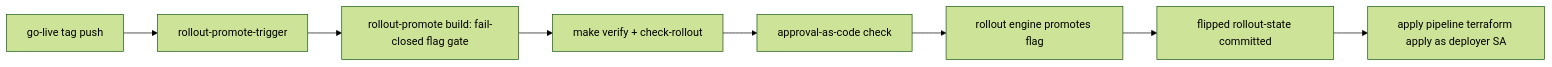
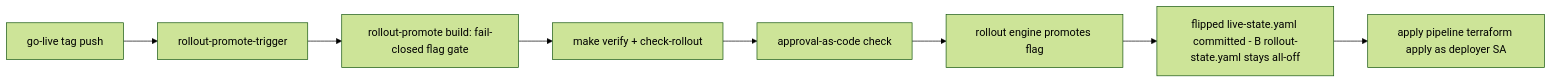
One commit to kushin77/agent-orchestrator changed the diagram in infra/rollout/README.md. Above: the diagram before and after it, drawn with Mermaid (forest theme). The commit also changed other lines of this file and 1 other file, not shown here.

First line of the commit message:
docs(rollout): runbook + README acceptance now target live-state.yaml

````diff
--- a/infra/rollout/README.md
+++ b/infra/rollout/README.md
@@ -152,10 +156,10 @@
 ```mermaid
 flowchart LR
     GL[go-live tag push] --> TRIG[rollout-promote-trigger]
     TRIG --> PIPE[rollout-promote build: fail-closed flag gate]
     PIPE --> V[make verify + check-rollout]
     V --> A[approval-as-code check]
     A --> E[rollout engine promotes flag]
-    E --> COMMIT[flipped rollout-state committed]
+    E --> COMMIT[flipped live-state.yaml committed - #914; rollout-state.yaml stays all-off]
     COMMIT --> APPLY[apply pipeline terraform apply as deployer SA]
 ```
````
